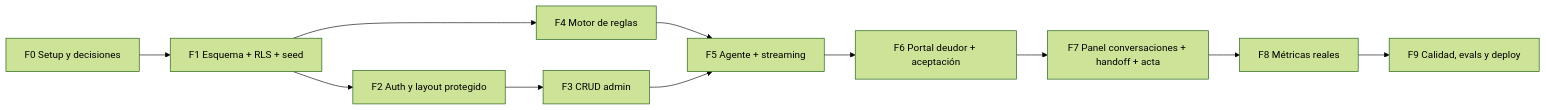
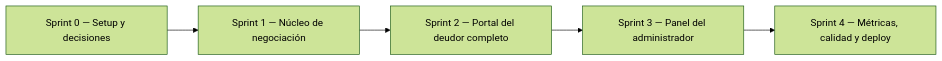
One commit to sottati/agente-deudores-seminario changed the fourth of 4 diagrams in docs/PLAN_BACKEND.md. Above: the diagram before and after it, drawn with Mermaid (forest theme). The commit also changed other lines of this file and 71 other files, not shown here.

First line of the commit message:
Add Supabase backend and admin panel

````diff
--- a/docs/PLAN_BACKEND.md
+++ b/docs/PLAN_BACKEND.md
@@ -281,13 +308,7 @@
 ```mermaid
 flowchart LR
-  F0["F0 Setup y decisiones"] --> F1["F1 Esquema + RLS + seed"]
-  F1 --> F2["F2 Auth y layout protegido"]
-  F1 --> F4["F4 Motor de reglas"]
-  F2 --> F3["F3 CRUD admin"]
-  F4 --> F5["F5 Agente + streaming"]
-  F3 --> F5
-  F5 --> F6["F6 Portal deudor + aceptación"]
-  F6 --> F7["F7 Panel conversaciones + handoff + acta"]
-  F7 --> F8["F8 Métricas reales"]
-  F8 --> F9["F9 Calidad, evals y deploy"]
+  S0["Sprint 0 — Setup y decisiones"] --> S1["Sprint 1 — Núcleo de negociación"]
+  S1 --> S2["Sprint 2 — Portal del deudor completo"]
+  S2 --> S3["Sprint 3 — Panel del administrador"]
+  S3 --> S4["Sprint 4 — Métricas, calidad y deploy"]
 ```
````
